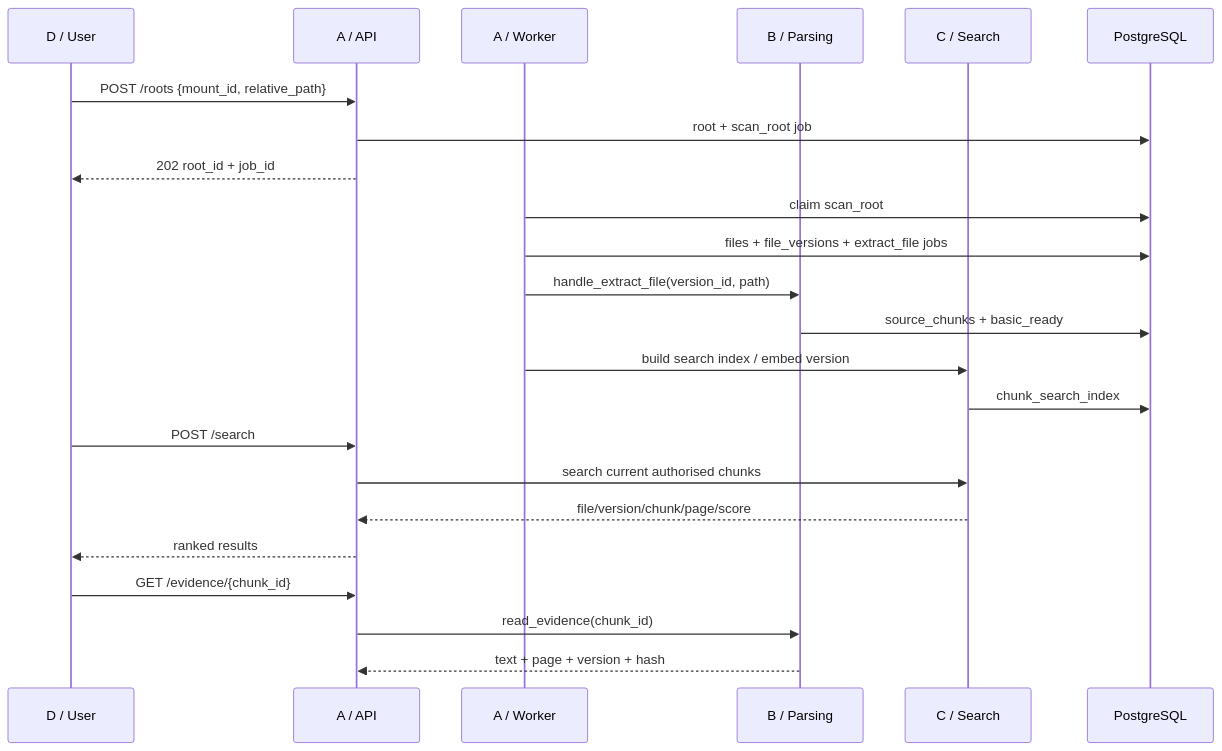
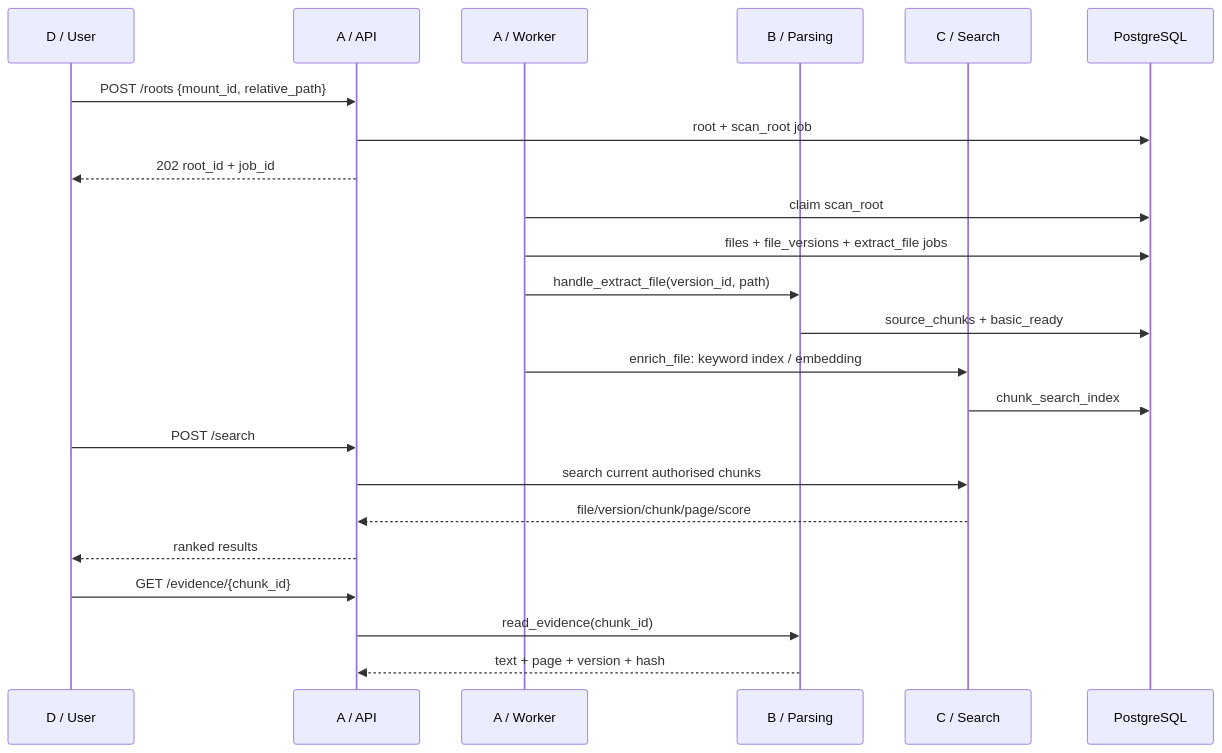
The diagram in docs/team11-w7-shared-contract.md (lawrenceyang12138-art/MAIE6000C-starter-TEAM_11), drawn with Mermaid before and after one commit. The commit also changed other lines of this file, not shown here.

````diff
--- a/docs/team11-w7-shared-contract.md
+++ b/docs/team11-w7-shared-contract.md
@@ -326,26 +347,26 @@
 ```mermaid
 sequenceDiagram
     participant U as D / User
     participant API as A / API
     participant W as A / Worker
     participant B as B / Parsing
     participant C as C / Search
     participant DB as PostgreSQL
 
     U->>API: POST /roots {mount_id, relative_path}
     API->>DB: root + scan_root job
     API-->>U: 202 root_id + job_id
     W->>DB: claim scan_root
     W->>DB: files + file_versions + extract_file jobs
     W->>B: handle_extract_file(version_id, path)
     B->>DB: source_chunks + basic_ready
-    W->>C: build search index / embed version
+    W->>C: enrich_file: keyword index / embedding
     C->>DB: chunk_search_index
     U->>API: POST /search
     API->>C: search current authorised chunks
     C-->>API: file/version/chunk/page/score
     API-->>U: ranked results
     U->>API: GET /evidence/{chunk_id}
     API->>B: read_evidence(chunk_id)
     B-->>API: text + page + version + hash
 ```
````
